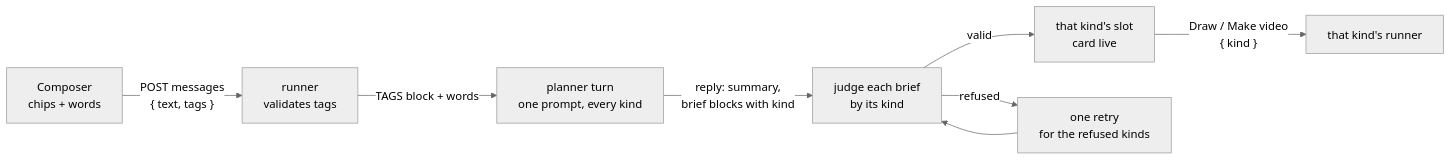
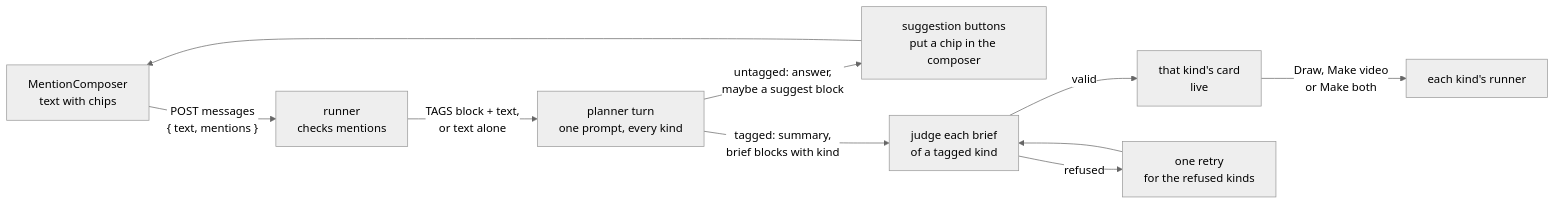
The first of 2 diagrams in docs/STUDIO-MENTIONS.md (c-wenlong/gnosia-learn), drawn with Mermaid (neutral theme) before and after one commit. The commit also changed other lines of this file and 3 other files, not shown here.

````diff
--- a/docs/STUDIO-MENTIONS.md
+++ b/docs/STUDIO-MENTIONS.md
@@ -254,10 +383,12 @@
 ```mermaid
 flowchart LR
-    C["Composer<br/>chips + words"] -- "POST messages<br/>{ text, tags }" --> R["runner<br/>validates tags"]
-    R -- "TAGS block + words" --> P["planner turn<br/>one prompt, every kind"]
-    P -- "reply: summary,<br/>brief blocks with kind" --> J["judge each brief<br/>by its kind"]
-    J -- "valid" --> S["that kind's slot<br/>card live"]
+    C["MentionComposer<br/>text with chips"] -- "POST messages<br/>{ text, mentions }" --> R["runner<br/>checks mentions"]
+    R -- "TAGS block + text,<br/>or text alone" --> P["planner turn<br/>one prompt, every kind"]
+    P -- "untagged: answer,<br/>maybe a suggest block" --> SG["suggestion buttons<br/>put a chip in the composer"]
+    SG --> C
+    P -- "tagged: summary,<br/>brief blocks with kind" --> J["judge each brief<br/>of a tagged kind"]
+    J -- "valid" --> S["that kind's card<br/>live"]
     J -- "refused" --> RT["one retry<br/>for the refused kinds"]
     RT --> J
-    S -- "Draw / Make video<br/>{ kind }" --> Q["that kind's runner"]
+    S -- "Draw, Make video<br/>or Make both" --> Q["each kind's runner"]
 ```
````
